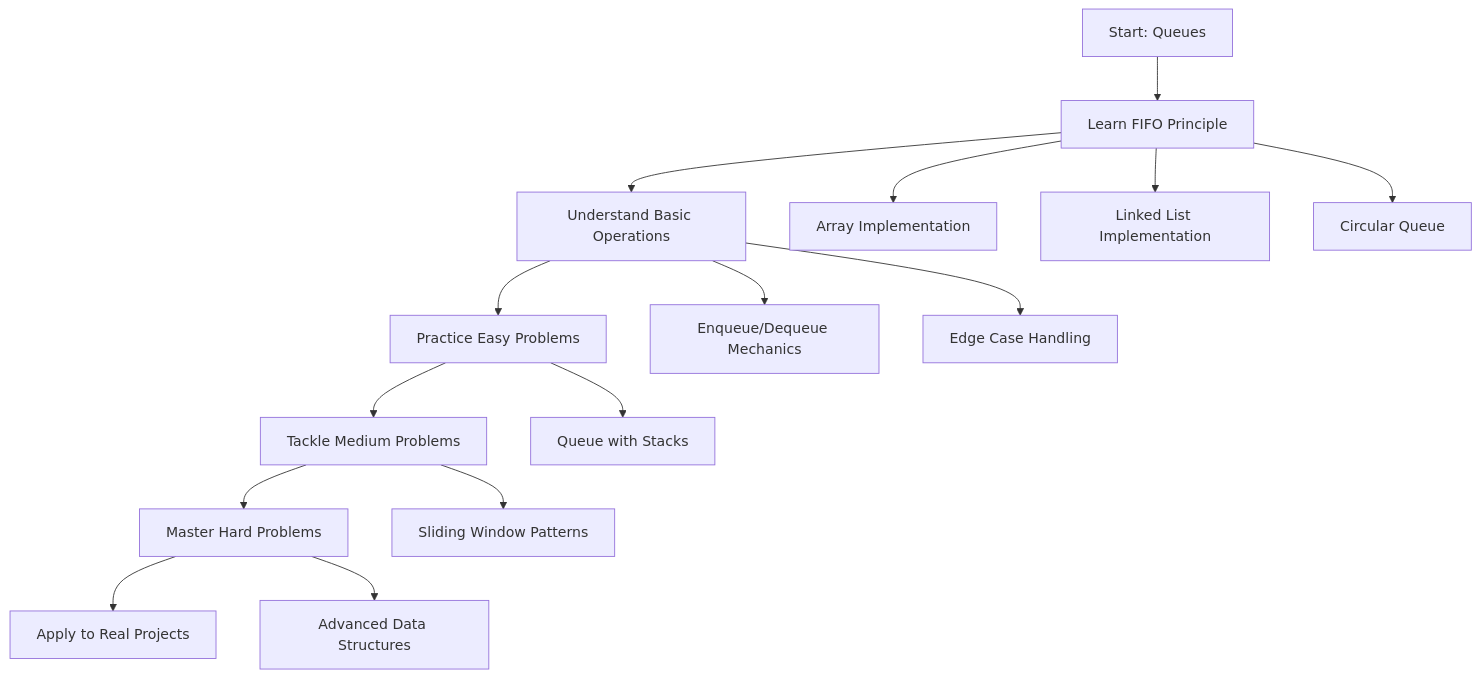
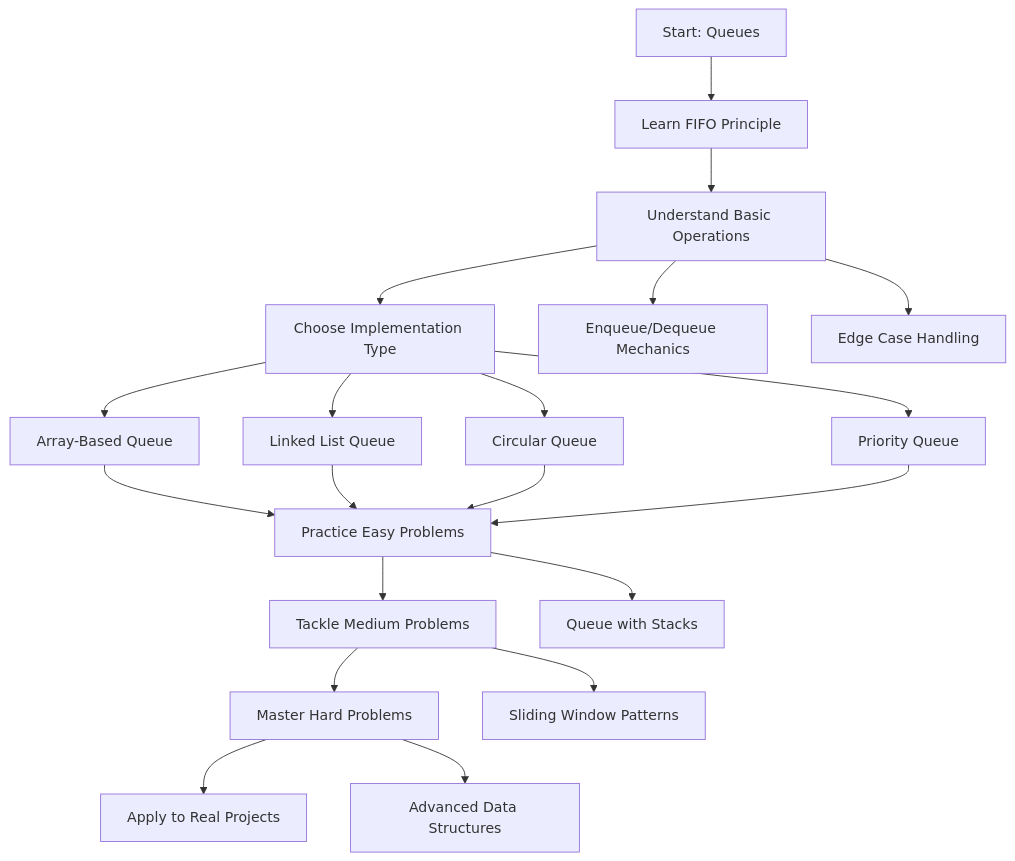
One commit to nvgr-GenAI/my-learning changed the diagram in docs/algorithms/data-structures/queues/index.md. Above: the diagram before and after it, drawn with Mermaid. The commit also changed other lines of this file and 89 other files, not shown here.

````diff
--- a/docs/algorithms/data-structures/queues/index.md
+++ b/docs/algorithms/data-structures/queues/index.md
@@ -66,19 +101,24 @@
 ```mermaid
 graph TD
     A[Start: Queues] --> B[Learn FIFO Principle]
     B --> C[Understand Basic Operations]
-    C --> D[Practice Easy Problems]
-    D --> E[Tackle Medium Problems] 
-    E --> F[Master Hard Problems]
-    F --> G[Apply to Real Projects]
+    C --> D[Choose Implementation Type]
+    D --> E[Array-Based Queue]
+    D --> F[Linked List Queue]
+    D --> G[Circular Queue]
+    D --> H[Priority Queue]
+    E --> I[Practice Easy Problems]
+    F --> I
+    G --> I
+    H --> I
+    I --> J[Tackle Medium Problems] 
+    J --> K[Master Hard Problems]
+    K --> L[Apply to Real Projects]
     
-    B --> H[Array Implementation]
-    B --> I[Linked List Implementation]
-    B --> J[Circular Queue]
-    C --> K[Enqueue/Dequeue Mechanics]
-    C --> L[Edge Case Handling]
+    C --> M[Enqueue/Dequeue Mechanics]
+    C --> N[Edge Case Handling]
     
-    D --> M[Queue with Stacks]
-    E --> N[Sliding Window Patterns]
-    F --> O[Advanced Data Structures]
+    I --> O[Queue with Stacks]
+    J --> P[Sliding Window Patterns]
+    K --> Q[Advanced Data Structures]
 ```
````
